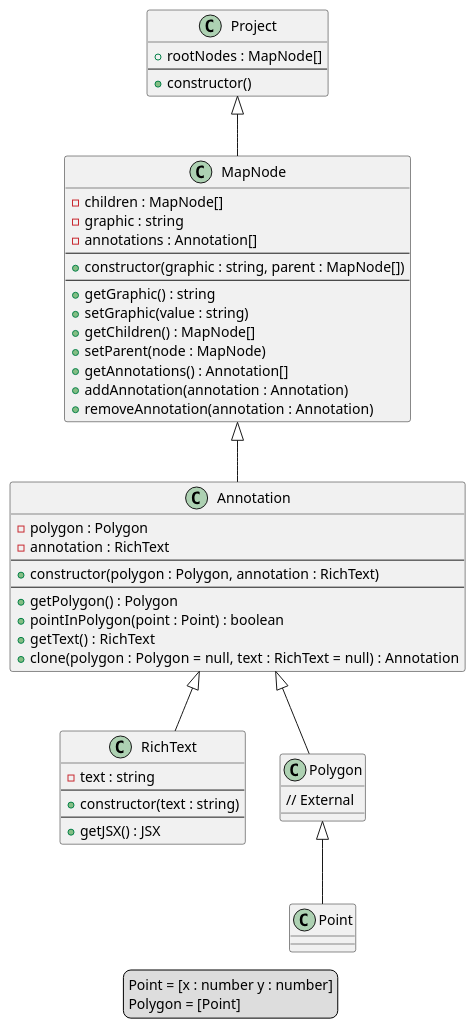
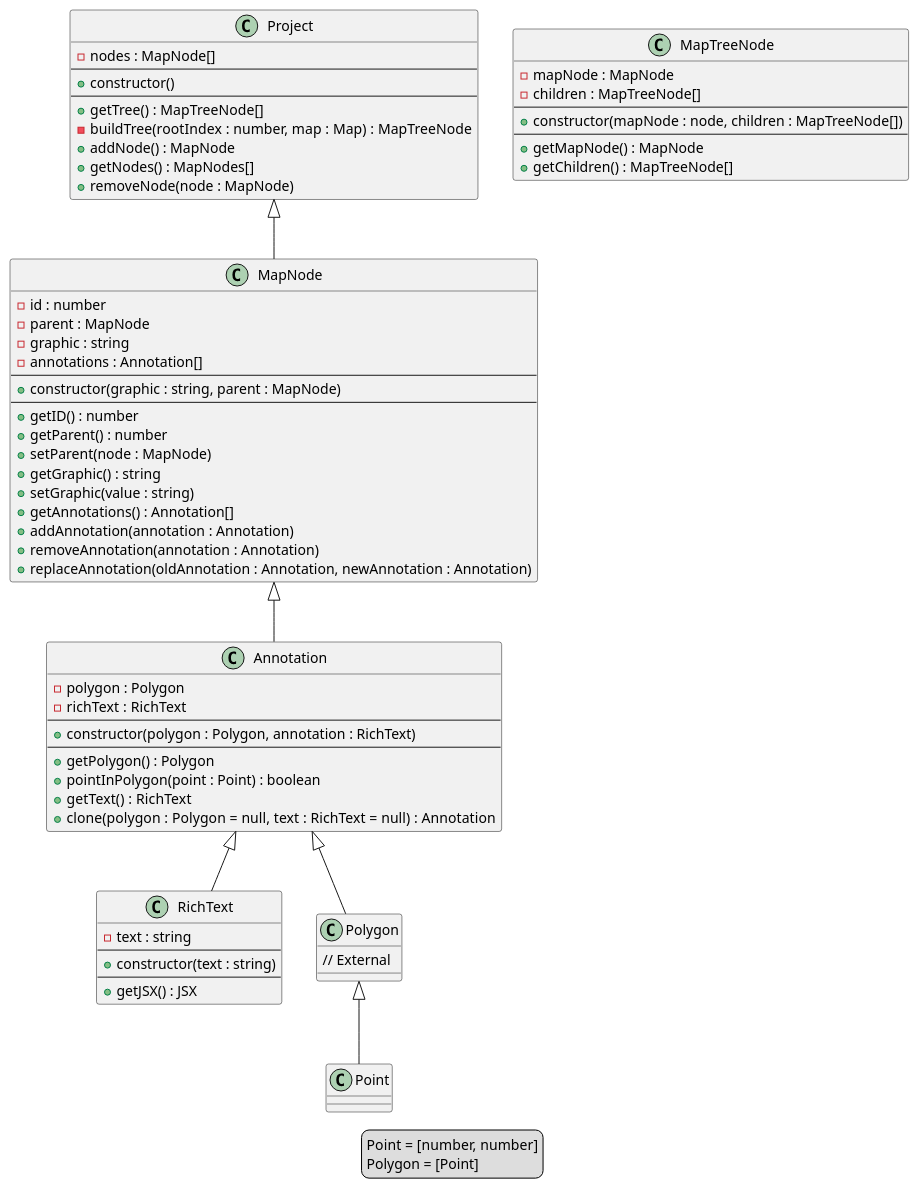
The diagram in documentation/runtimeDataStructures.puml (CriusNyx/annotated-map), drawn with PlantUML before and after one commit. The commit also changed 6 other files, not shown here.

```diff
--- a/documentation/runtimeDataStructures.puml
+++ b/documentation/runtimeDataStructures.puml
@@ -1,62 +1,79 @@
 @startuml DataStructures
 
 class Project{
-    + rootNodes : MapNode[]
+    - nodes : MapNode[]
     --
     + constructor()
+    --
+    + getTree() : MapTreeNode[]
+    - buildTree(rootIndex : number, map : Map) : MapTreeNode
+    + addNode() : MapNode
+    + getNodes() : MapNodes[]
+    + removeNode(node : MapNode)
 }
 
-
+class MapTreeNode{
+    - mapNode : MapNode
+    - children : MapTreeNode[]
+    --
+    + constructor(mapNode : node, children : MapTreeNode[])
+    --
+    + getMapNode() : MapNode
+    + getChildren() : MapTreeNode[]
+}
 
 class MapNode{
-    - children : MapNode[]
+    - id : number
+    - parent : MapNode
     - graphic : string
     - annotations : Annotation[]
     --
-    + constructor(graphic : string, parent : MapNode[])
+    + constructor(graphic : string, parent : MapNode)
     --
+    + getID() : number
+    + getParent() : number
+    + setParent(node : MapNode)
     + getGraphic() : string
     + setGraphic(value : string)
-    + getChildren() : MapNode[]
-    + setParent(node : MapNode)
     + getAnnotations() : Annotation[]
     + addAnnotation(annotation : Annotation)
     + removeAnnotation(annotation : Annotation)
+    + replaceAnnotation(oldAnnotation : Annotation, newAnnotation : Annotation)
 }
 
 class Annotation{
     - polygon : Polygon
-    - annotation : RichText
+    - richText : RichText
     --
     + constructor(polygon : Polygon, annotation : RichText)
     --
     + getPolygon() : Polygon
     + pointInPolygon(point : Point) : boolean
     + getText() : RichText
     + clone(polygon : Polygon = null, text : RichText  = null) : Annotation
 }
 
 class RichText{
     - text : string
     --
     + constructor(text : string)
     --
     + getJSX() : JSX
 }
 
 class Polygon{
     // External
 }
 
 Project <|-- MapNode
     MapNode <|-- Annotation
         Annotation <|-- RichText
         Annotation <|-- Polygon
             Polygon <|-- Point
 
 legend
-Point = ~[x : number y : number~]
+Point = ~[number, number~]
 Polygon = ~[Point~]
 endlegend
 
 @enduml
```
